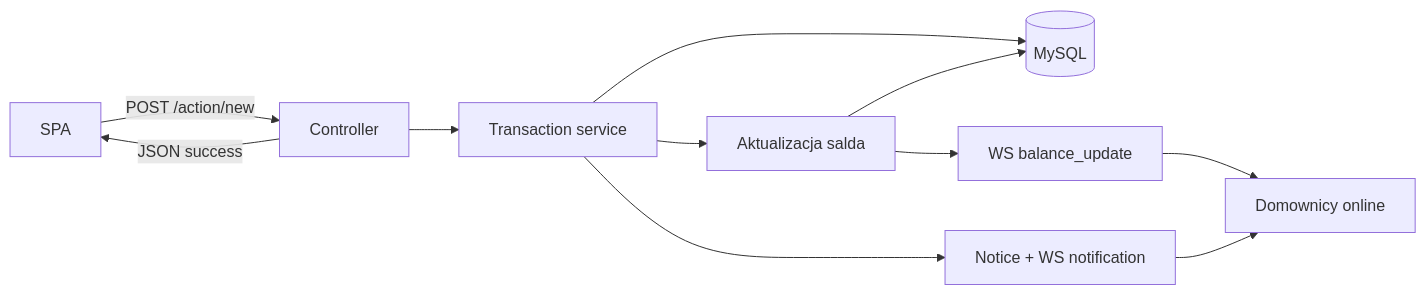
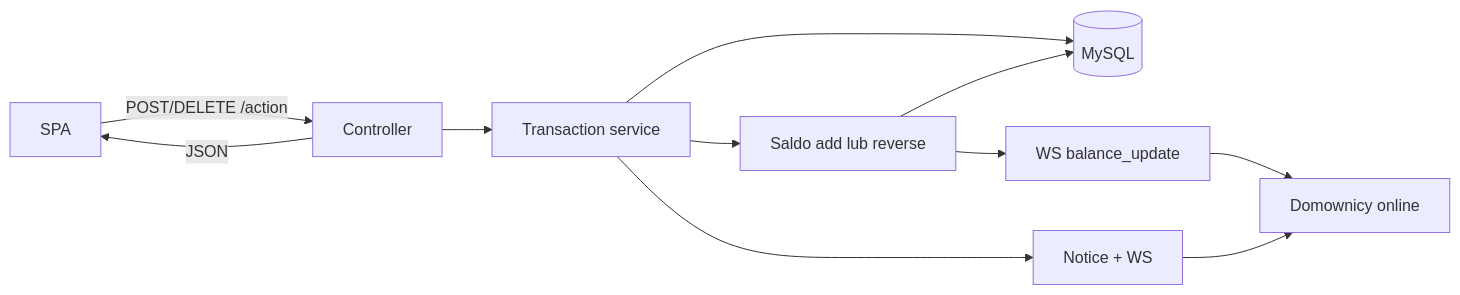
The fourth of 6 diagrams in docs/data_flow.md (matej2314/home-budget-manager), drawn with Mermaid before and after one commit. The commit also changed other lines of this file and 26 other files, not shown here.

````diff
--- a/docs/data_flow.md
+++ b/docs/data_flow.md
@@ -126,13 +143,13 @@
 ```mermaid
 flowchart LR
-  SPA[SPA] -->|POST /action/new| API[Controller]
+  SPA[SPA] -->|POST/DELETE /action| API[Controller]
   API --> SVC[Transaction service]
   SVC --> DB[(MySQL)]
-  SVC --> BAL[Aktualizacja salda]
+  SVC --> BAL[Saldo add lub reverse]
   BAL --> DB
-  SVC --> N[Notice + WS notification]
+  SVC --> N[Notice + WS]
   BAL --> WSb[WS balance_update]
   N --> Dom[Domownicy online]
   WSb --> Dom
-  API -->|JSON success| SPA
+  API -->|JSON| SPA
 ```
````
